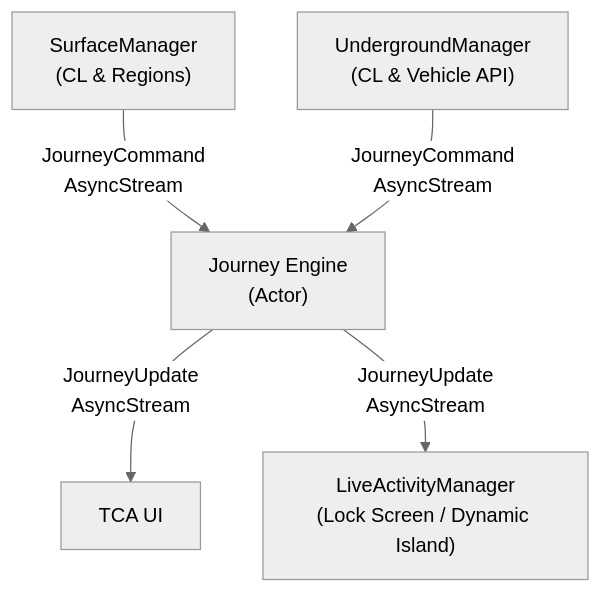
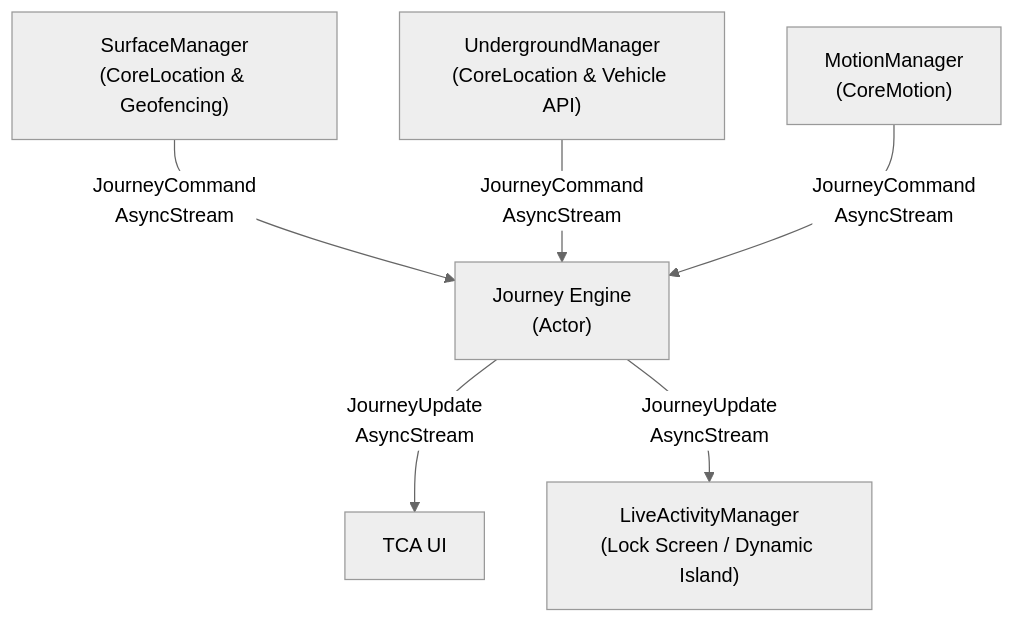
One commit to AdamPostMontjoie/TRoutes changed the diagram in README.md. Above: the diagram before and after it, drawn with Mermaid (neutral theme). The commit also changed other lines of this file, not shown here.

Commit message:
Core Motion and Stop Tab

````diff
--- a/README.md
+++ b/README.md
@@ -37,10 +53,9 @@
 ```mermaid
 graph TD
-    SM["SurfaceManager<br/>(CL & Regions)"] -->|"JourneyCommand<br/>AsyncStream"| JE
-    UGM["UndergroundManager<br/>(CL & Vehicle API)"] -->|"JourneyCommand<br/>AsyncStream"| JE
-
+    SM["SurfaceManager<br/>(CoreLocation & Geofencing)"] -->|"JourneyCommand<br/>AsyncStream"| JE
+    UGM["UndergroundManager<br/>(CoreLocation & Vehicle API)"] -->|"JourneyCommand<br/>AsyncStream"| JE
+    MM["MotionManager<br/>(CoreMotion)"] -->|"JourneyCommand<br/>AsyncStream"| JE
     JE["Journey Engine<br/>(Actor)"]
-
     JE -->|"JourneyUpdate<br/>AsyncStream"| TCA["TCA UI"]
     JE -->|"JourneyUpdate<br/>AsyncStream"| LA["LiveActivityManager<br/>(Lock Screen / Dynamic Island)"]
 ```
````
